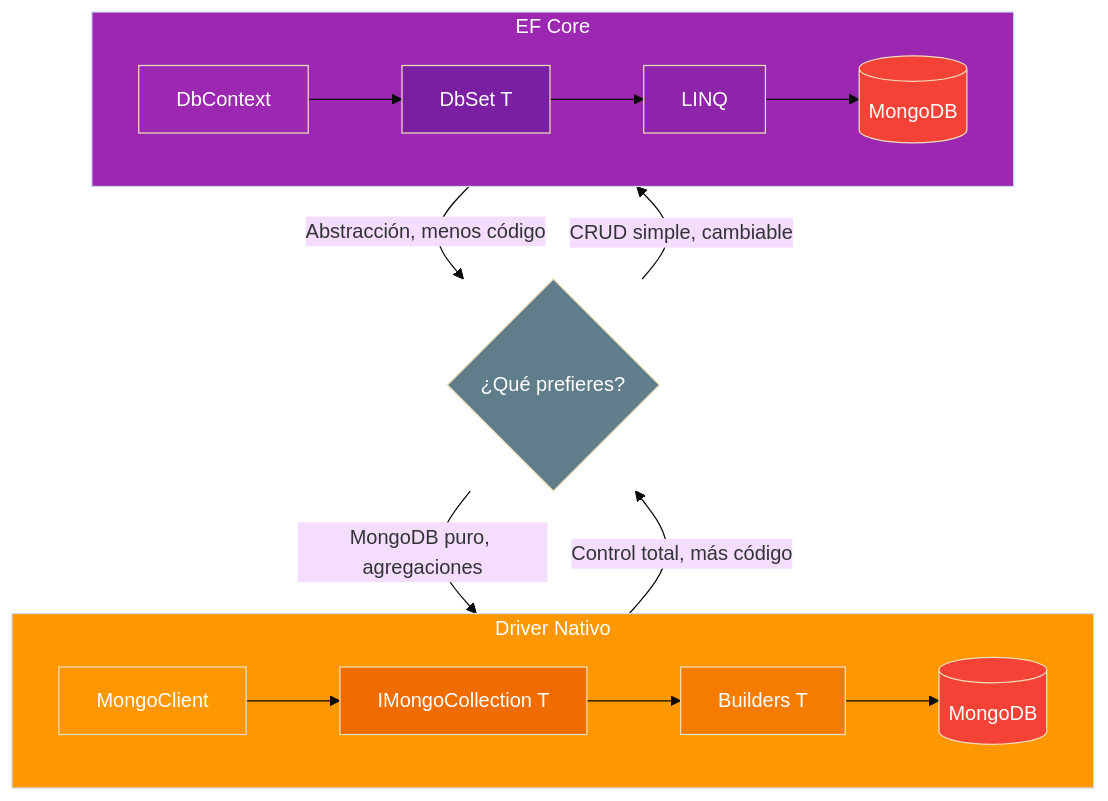
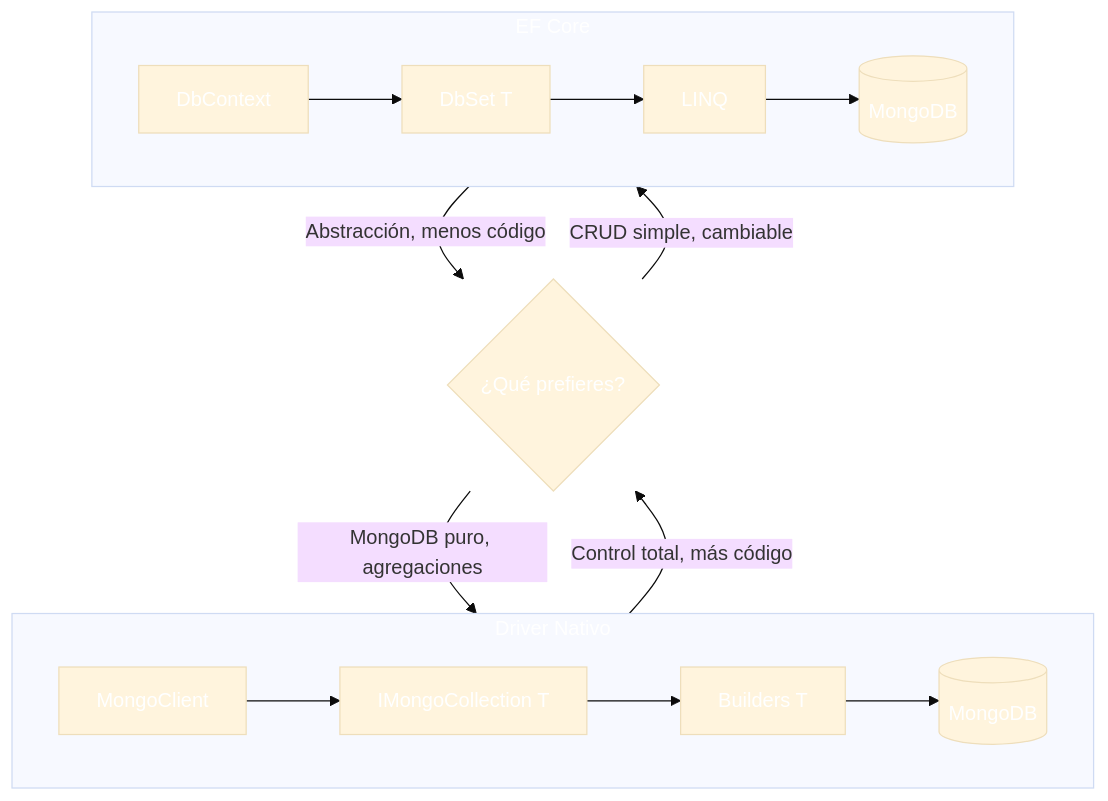
The sixth of 8 diagrams in 13-mongodb.md (joseluisgs/DesarrolloWebEntornosServidor-02-2026-2027), drawn with Mermaid (base theme) before and after one commit. The commit also changed other lines of this file and 41 other files, not shown here.

````diff
--- a/13-mongodb.md
+++ b/13-mongodb.md
@@ -1085,32 +1085,32 @@
 ```mermaid
 graph TD
     subgraph DRIVER["Driver Nativo"]
         D1[MongoClient] --> D2[IMongoCollection T]
         D2 --> D3[Builders T]
         D3 --> D4[(MongoDB)]
     end
 
     subgraph EF["EF Core"]
         E1[DbContext] --> E2[DbSet T]
         E2 --> E3[LINQ]
         E3 --> E4[(MongoDB)]
     end
 
     DRIVER -->|"Control total, más código"| DEC{¿Qué prefieres?}
     EF -->|"Abstracción, menos código"| DEC
 
     DEC -->|"MongoDB puro, agregaciones"| DRIVER
     DEC -->|"CRUD simple, cambiable"| EF
 
-    style DRIVER fill:#FF9800,color:#fff
-    style EF fill:#9C27B0,color:#fff
-    style D1 fill:#FF9800,color:#fff
-    style D2 fill:#EF6C00,color:#fff
-    style D3 fill:#F57C00,color:#fff
-    style D4 fill:#f44336,color:#fff
-    style E1 fill:#9C27B0,color:#fff
-    style E2 fill:#7B1FA2,color:#fff
-    style E3 fill:#8E24AA,color:#fff
-    style E4 fill:#f44336,color:#fff
-    style DEC fill:#607D8B,color:#fff
+    style DRIVER fill:#FF980,color:#fff0,color:#fff
+    style EF fill:#9C27B,color:#fff0,color:#fff
+    style D1 fill:#FF980,color:#fff0,color:#fff
+    style D2 fill:#EF6C0,color:#fff0,color:#fff
+    style D3 fill:#F57C0,color:#fff0,color:#fff
+    style D4 fill:#f4433,color:#fff6,color:#fff
+    style E1 fill:#9C27B,color:#fff0,color:#fff
+    style E2 fill:#7B1FA,color:#fff2,color:#fff
+    style E3 fill:#8E24A,color:#fffA,color:#fff
+    style E4 fill:#f4433,color:#fff6,color:#fff
+    style DEC fill:#607D8,color:#fffB,color:#fff
 ```
````
